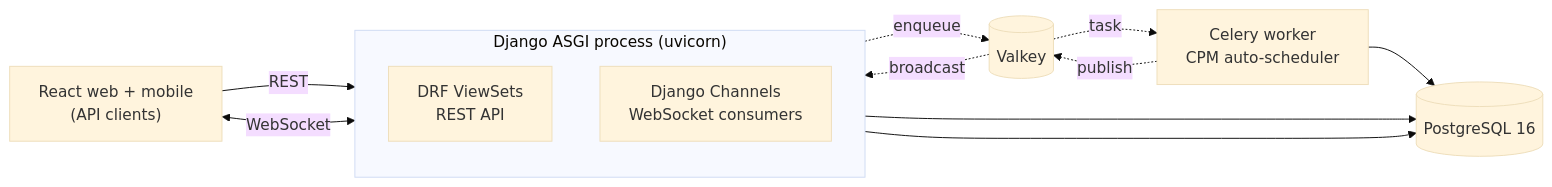
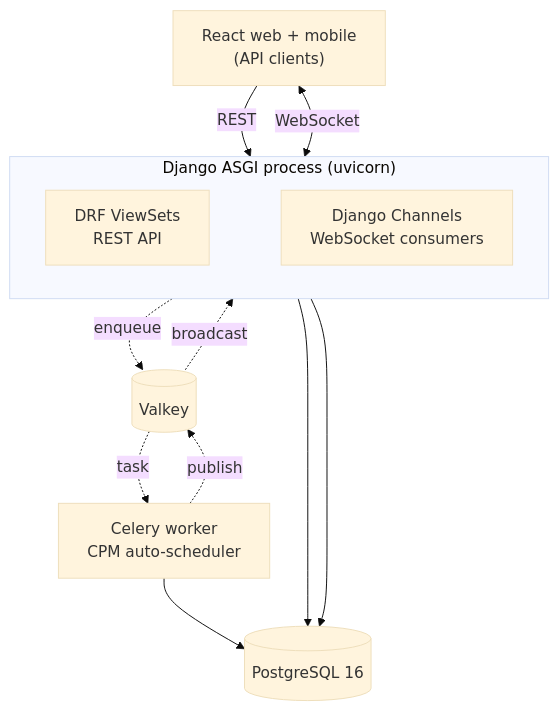
One commit to TruePPM/trueppm changed the diagram in packages/website/src/content/docs/architecture/overview.md. Above: the diagram before and after it, drawn with Mermaid (base theme).

Commit message:
docs(architecture): lay out system diagram vertically for readability
The system diagram used `flowchart LR`, so its ~8:1 wide aspect ratio was
scaled down by `flowchart.useMaxWidth` to fit the ~700px content column —
rendering a ~88px-tall strip with labels too small to read. Switch to
`flowchart TB` so the nodes stay full-size and the diagram flows top-to-bottom
into the abundant vertical scroll space instead.

Also arrange the two ASGI peers (DRF ViewSets, Django Channels) side by side
inside the process box via an invisible `~~~` link, so the box reads as one
process containing two components rather than a tall stack.

````diff
--- a/packages/website/src/content/docs/architecture/overview.md
+++ b/packages/website/src/content/docs/architecture/overview.md
@@ -10,27 +10,27 @@
 ```mermaid
-flowchart LR
+flowchart TB
     client["React web + mobile<br/>(API clients)"]
 
     subgraph asgi["Django ASGI process (uvicorn)"]
-        direction TB
+        direction LR
         drf["DRF ViewSets<br/>REST API"]
         channels["Django Channels<br/>WebSocket consumers"]
+        drf ~~~ channels
     end
 
+    valkey[("Valkey")]
     worker["Celery worker<br/>CPM auto-scheduler"]
-
     pg[("PostgreSQL 16")]
-    valkey[("Valkey")]
 
     client -->|REST| drf
     client <-->|WebSocket| channels
 
     drf --> pg
     channels --> pg
     worker --> pg
 
     drf -. enqueue .-> valkey
     valkey -. task .-> worker
     worker -. publish .-> valkey
     valkey -. broadcast .-> channels
 ```
````
